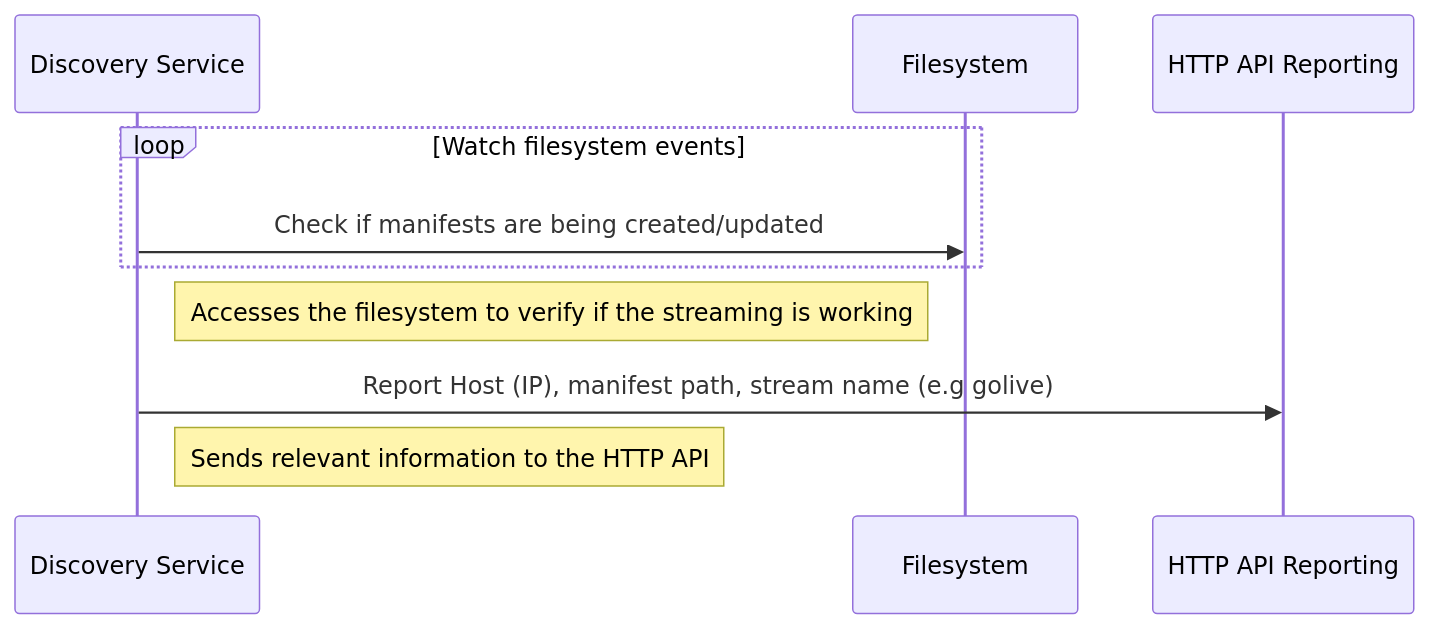
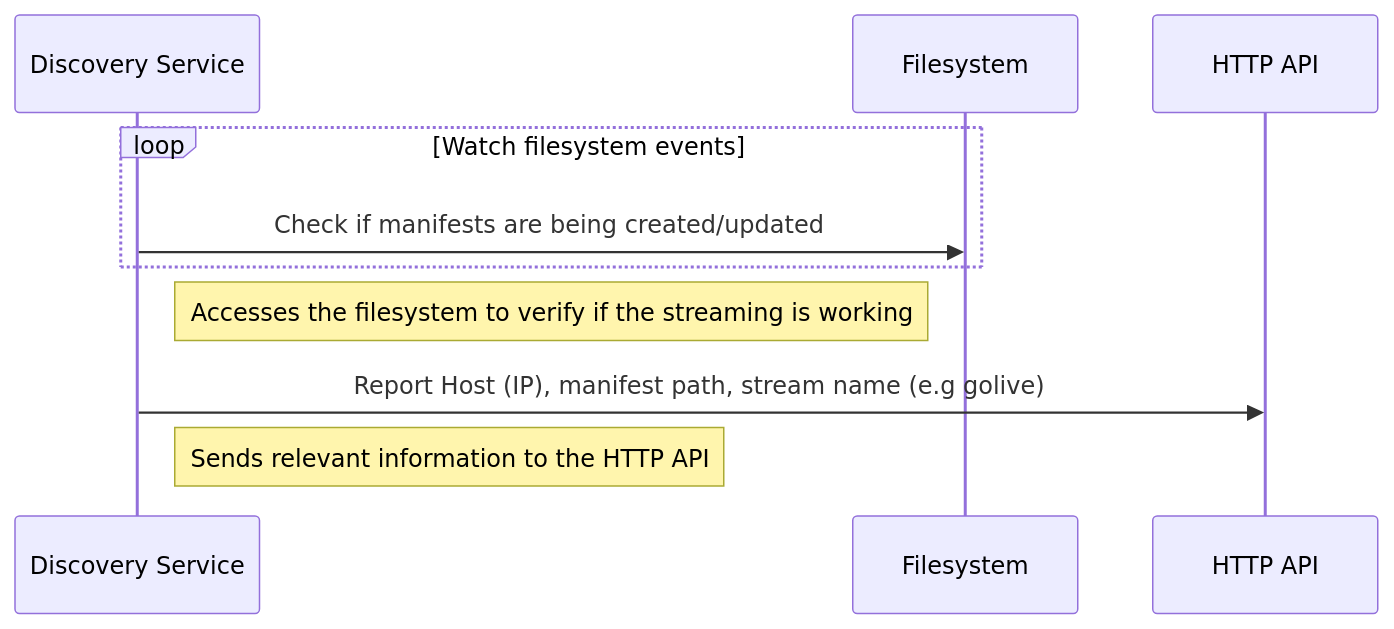
Before and after one commit to learn-video/rtmp-live: the fourth of 4 diagrams in README.md, drawn with Mermaid.

Commit message:
docs: Fix HTTP API name

````diff
--- a/README.md
+++ b/README.md
@@ -104,15 +104,15 @@
 ```mermaid
 sequenceDiagram
     participant DS as Discovery Service
     participant FS as Filesystem
-    participant API as HTTP API Reporting
+    participant API as HTTP API
 
     loop Watch filesystem events
         DS->>FS: Check if manifests are being created/updated
     end
 
     Note right of DS: Accesses the filesystem to verify if the streaming is working
     DS->>API: Report Host (IP), manifest path, stream name (e.g golive)
     Note right of DS: Sends relevant information to the HTTP API
 
 ```
````
